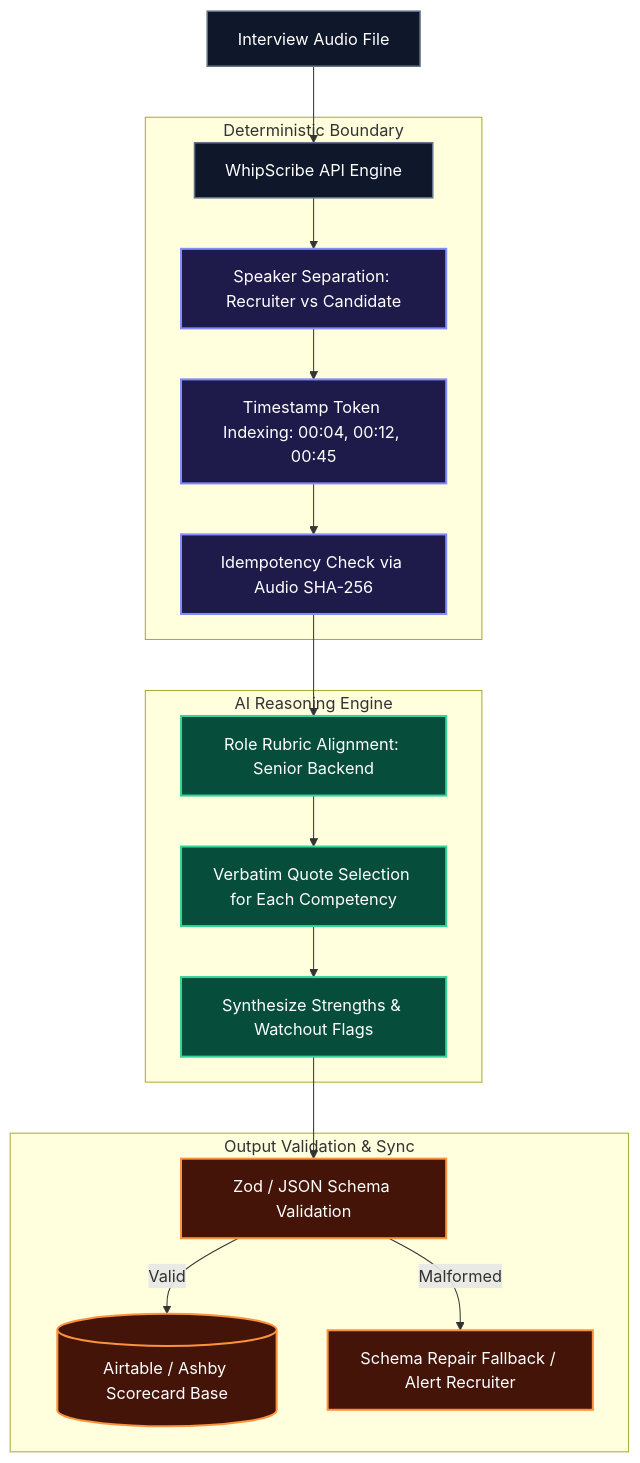
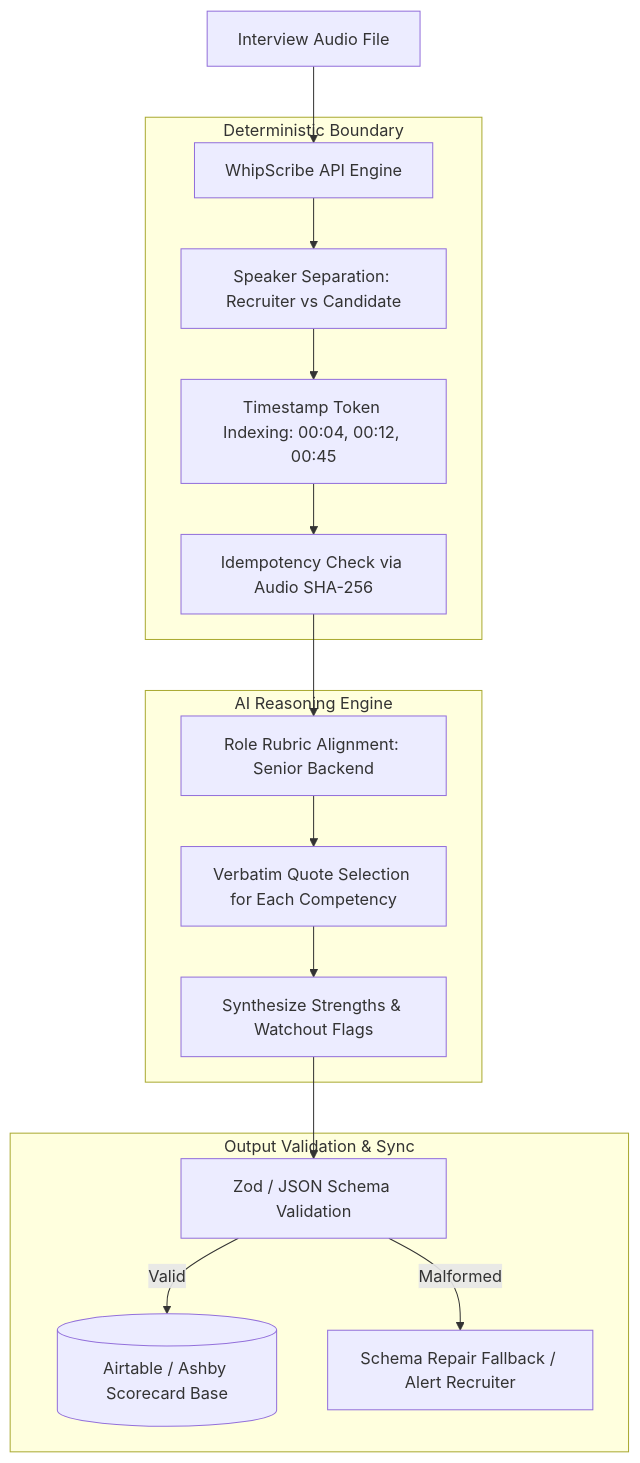
The diagram in apps/farin/track4-workflow/README.md (FARINATTAR/whipscribe-buildathon), drawn with Mermaid before and after one commit.

Commit message:
docs: revert Mermaid to clean native minimalist GitHub styling

````diff
--- a/apps/farin/track4-workflow/README.md
+++ b/apps/farin/track4-workflow/README.md
@@ -101,30 +101,22 @@
 ```mermaid
 flowchart TD
     A[Interview Audio File] --> B[WhipScribe API Engine]
     
     subgraph Deterministic Boundary
-        B --> C[Speaker Separation: Recruiter vs Candidate]
-        C --> D[Timestamp Token Indexing: 00:04, 00:12, 00:45]
+        B --> C["Speaker Separation: Recruiter vs Candidate"]
+        C --> D["Timestamp Token Indexing: 00:04, 00:12, 00:45"]
         D --> E[Idempotency Check via Audio SHA-256]
     end
     
     subgraph AI Reasoning Engine
-        E --> F[Role Rubric Alignment: Senior Backend]
+        E --> F["Role Rubric Alignment: Senior Backend"]
         F --> G[Verbatim Quote Selection for Each Competency]
         G --> H[Synthesize Strengths & Watchout Flags]
     end
     
     subgraph Output Validation & Sync
         H --> I[Zod / JSON Schema Validation]
         I -->|Valid| J[(Airtable / Ashby Scorecard Base)]
         I -->|Malformed| K[Schema Repair Fallback / Alert Recruiter]
     end
-
-    classDef default fill:#0f172a,stroke:#64748b,stroke-width:1.5px,color:#ffffff;
-    classDef det fill:#1e1b4b,stroke:#818cf8,stroke-width:2px,color:#ffffff;
-    classDef ai fill:#064e3b,stroke:#34d399,stroke-width:2px,color:#ffffff;
-    classDef out fill:#431407,stroke:#fb923c,stroke-width:2px,color:#ffffff;
-    class C,D,E det;
-    class F,G,H ai;
-    class I,J,K out;
 ```
````
